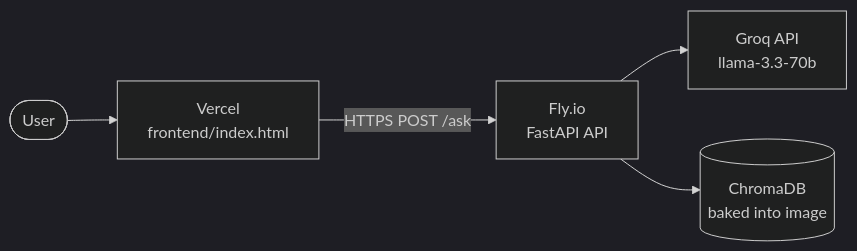
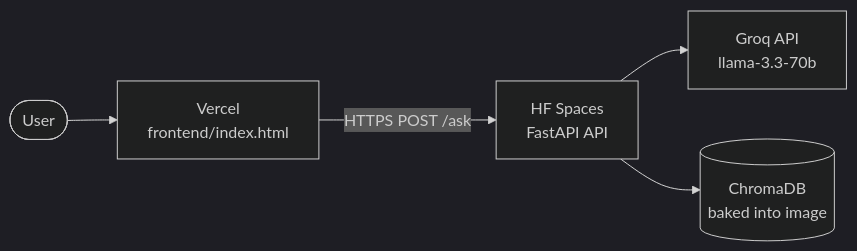
One commit to Rukhsar24081998/RAG-based-Mutual-Fund-FAQ-Chatbot changed the diagram in docs/deployment-plan.md. Above: the diagram before and after it, drawn with Mermaid (dark theme). The commit also changed other lines of this file and 1 other file, not shown here.

First line of the commit message:
deploy: switch backend to Hugging Face Spaces (free, no card)

````diff
--- a/docs/deployment-plan.md
+++ b/docs/deployment-plan.md
@@ -17,7 +18,7 @@
 ```mermaid
 flowchart LR
     U([User]) --> V[Vercel\nfrontend/index.html]
-    V -->|HTTPS POST /ask| F[Fly.io\nFastAPI API]
-    F --> G[Groq API\nllama-3.3-70b]
-    F --> DB[(ChromaDB\nbaked into image)]
+    V -->|HTTPS POST /ask| H[HF Spaces\nFastAPI API]
+    H --> G[Groq API\nllama-3.3-70b]
+    H --> DB[(ChromaDB\nbaked into image)]
 ```
````
